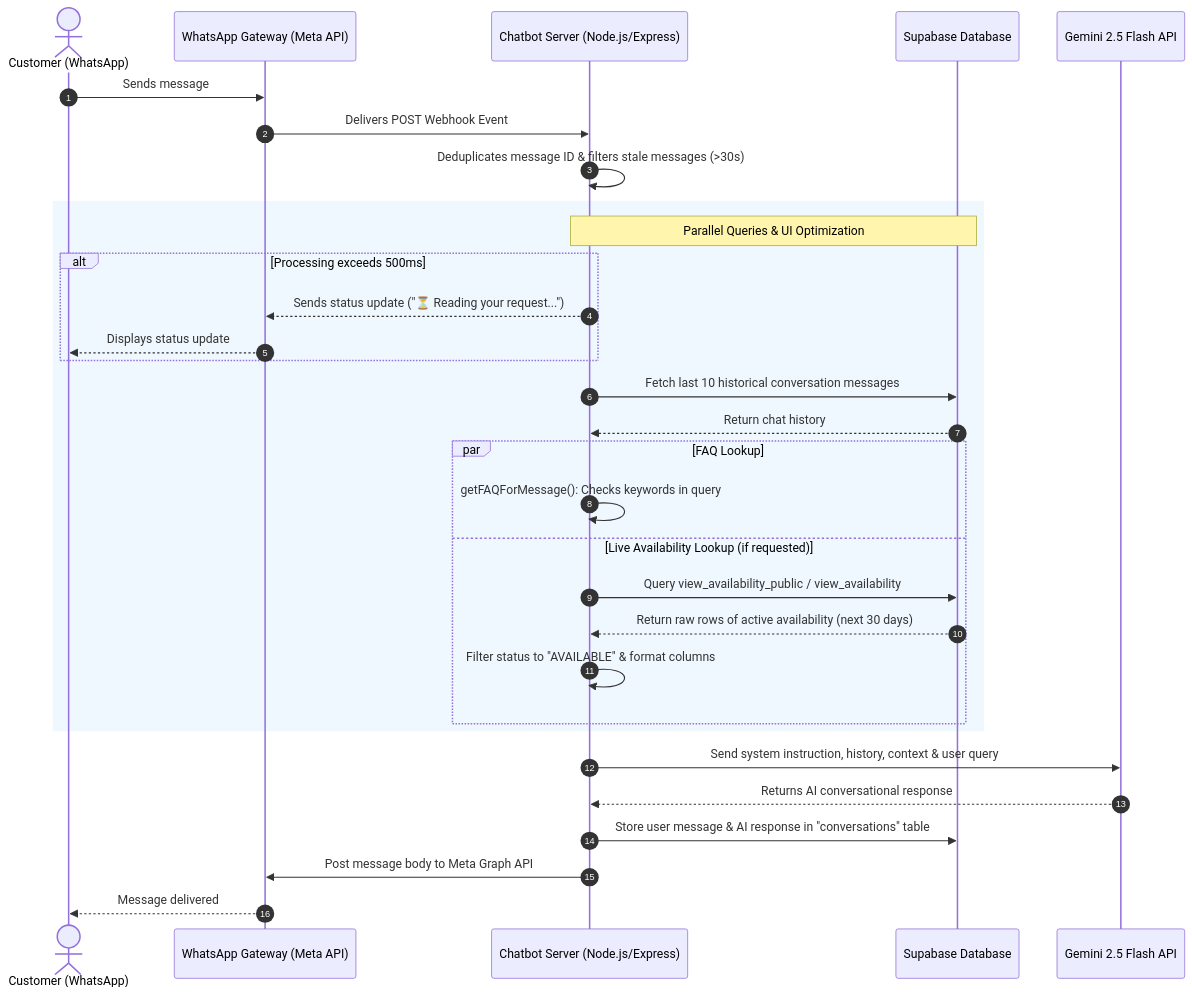
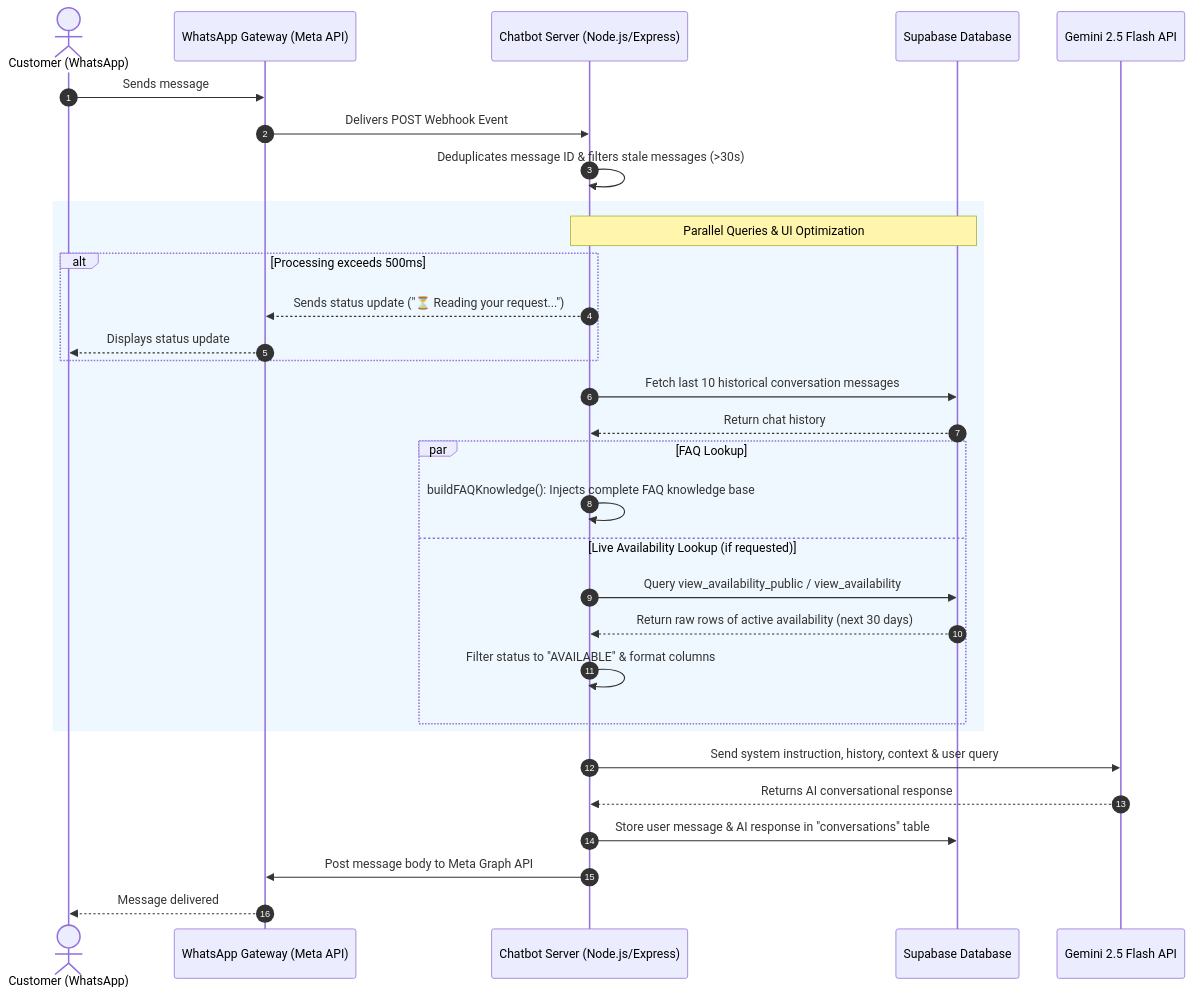
One commit to lixinneo04/camp_mantap_chatbot changed the diagram in README.md. Above: the diagram before and after it, drawn with Mermaid. The commit also changed other lines of this file and 1 other file, not shown here.

Commit message:
Change from faq keyword finding to AI knowledge base

````diff
--- a/README.md
+++ b/README.md
@@ -13,38 +13,38 @@
 ```mermaid
 sequenceDiagram
     autonumber
     actor Customer as Customer (WhatsApp)
     participant WA as WhatsApp Gateway (Meta API)
     participant Srv as Chatbot Server (Node.js/Express)
     participant DB as Supabase Database
     participant AI as Gemini 2.5 Flash API
 
     Customer->>WA: Sends message
     WA->>Srv: Delivers POST Webhook Event
     Srv->>Srv: Deduplicates message ID & filters stale messages (>30s)
     
     rect rgb(240, 248, 255)
         Note over Srv, DB: Parallel Queries & UI Optimization
         alt Processing exceeds 500ms
             Srv-->>WA: Sends status update ("⏳ Reading your request...")
             WA-->>Customer: Displays status update
         end
         
         Srv->>DB: Fetch last 10 historical conversation messages
         DB-->>Srv: Return chat history
         
         par FAQ Lookup
-            Srv->>Srv: getFAQForMessage(): Checks keywords in query
+            Srv->>Srv: buildFAQKnowledge(): Injects complete FAQ knowledge base
         and Live Availability Lookup (if requested)
             Srv->>DB: Query view_availability_public / view_availability
             DB-->>Srv: Return raw rows of active availability (next 30 days)
             Srv->>Srv: Filter status to "AVAILABLE" & format columns
         end
     end
 
     Srv->>AI: Send system instruction, history, context & user query
     AI-->>Srv: Returns AI conversational response
     Srv->>DB: Store user message & AI response in "conversations" table
     Srv->>WA: Post message body to Meta Graph API
     WA-->>Customer: Message delivered
 ```
````
